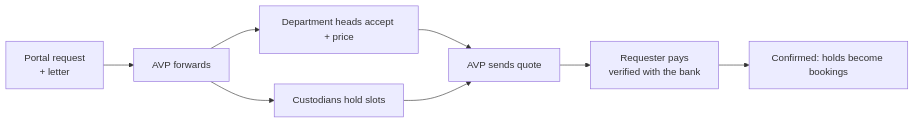
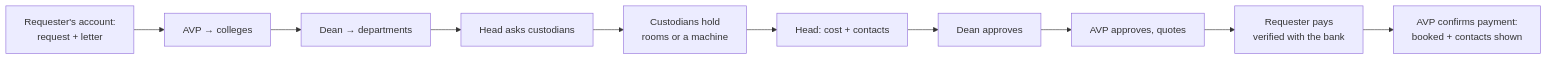
One commit to diagomike/lab_resource_v2 changed the fourth of 4 diagrams in docs/user-guide/appendix.md. Above: the diagram before and after it, drawn with Mermaid. The commit also changed other lines of this file and 22 other files, not shown here.

````diff
--- a/docs/user-guide/appendix.md
+++ b/docs/user-guide/appendix.md
@@ -58,10 +64,12 @@
 ```mermaid
 flowchart LR
-  R[Portal request<br/>+ letter] --> A[AVP forwards]
-  A --> D[Department heads accept + price]
-  A --> H[Custodians hold slots]
-  D --> Q[AVP sends quote]
-  H --> Q
-  Q --> P[Requester pays<br/>verified with the bank]
-  P --> C[Confirmed: holds become bookings]
+  R[Requester's account:<br/>request + letter] --> A[AVP → colleges]
+  A --> DE[Dean → departments]
+  DE --> HD[Head asks custodians]
+  HD --> CU[Custodians hold<br/>rooms or a machine]
+  CU --> HA[Head: cost + contacts]
+  HA --> DA[Dean approves]
+  DA --> AA[AVP approves, quotes]
+  AA --> P[Requester pays<br/>verified with the bank]
+  P --> C[AVP confirms payment:<br/>booked + contacts shown]
 ```
````
